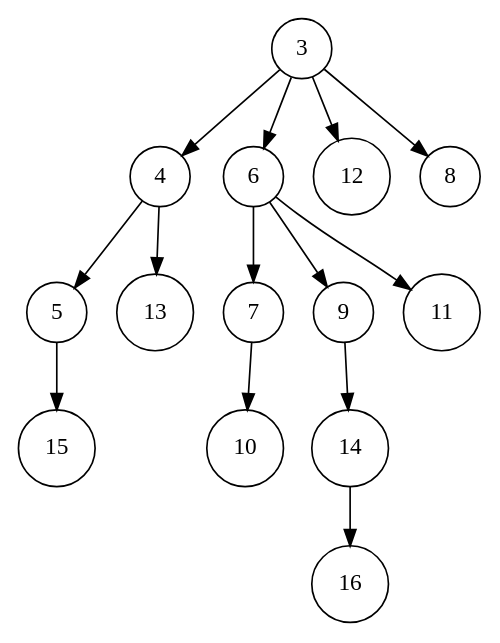
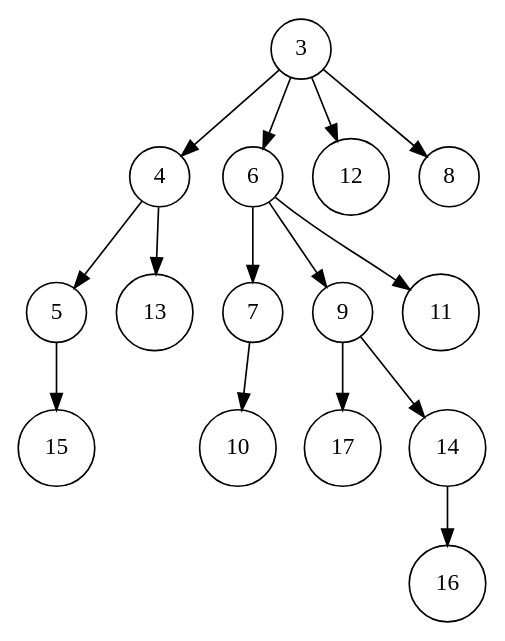
One commit to liuxinyu95/AlgoXY changed the diagram in datastruct/heap/other-heaps/img/right-merge-4.dot. Above: the diagram before and after it, drawn with Graphviz. The commit also changed 5 other files, not shown here.

Commit message:
Fixed error's in pairing heap figure

```diff
--- a/datastruct/heap/other-heaps/img/right-merge-4.dot
+++ b/datastruct/heap/other-heaps/img/right-merge-4.dot
@@ -1,34 +1,36 @@
 digraph G{
-	margin="0"
 	node[shape=circle]
 	t3[label="3"];
 	t34[label="4"];
 	t345[label="5"];
 	t34515[label="15"];
 	t345->t34515;
 	t3413[label="13"];
 	{rank=same t345->t3413[style=invis]}
 	t34->t345;
 	t34->t3413;
 	t36[label="6"];
 	t367[label="7"];
 	t36710[label="10"];
 	t367->t36710;
 	t369[label="9"];
+	t36917[label="17"];
 	t36914[label="14"];
 	t3691416[label="16"];
 	t36914->t3691416;
+	{rank=same t36917->t36914[style=invis]}
+	t369->t36917;
 	t369->t36914;
 	t3611[label="11"];
 	{rank=same t367->t369->t3611[style=invis]}
 	t36->t367;
 	t36->t369;
 	t36->t3611;
 	t312[label="12"];
 	t38[label="8"];
 	{rank=same t34->t36->t312->t38[style=invis]}
 	t3->t34;
 	t3->t36;
 	t3->t312;
 	t3->t38;
 }
```
